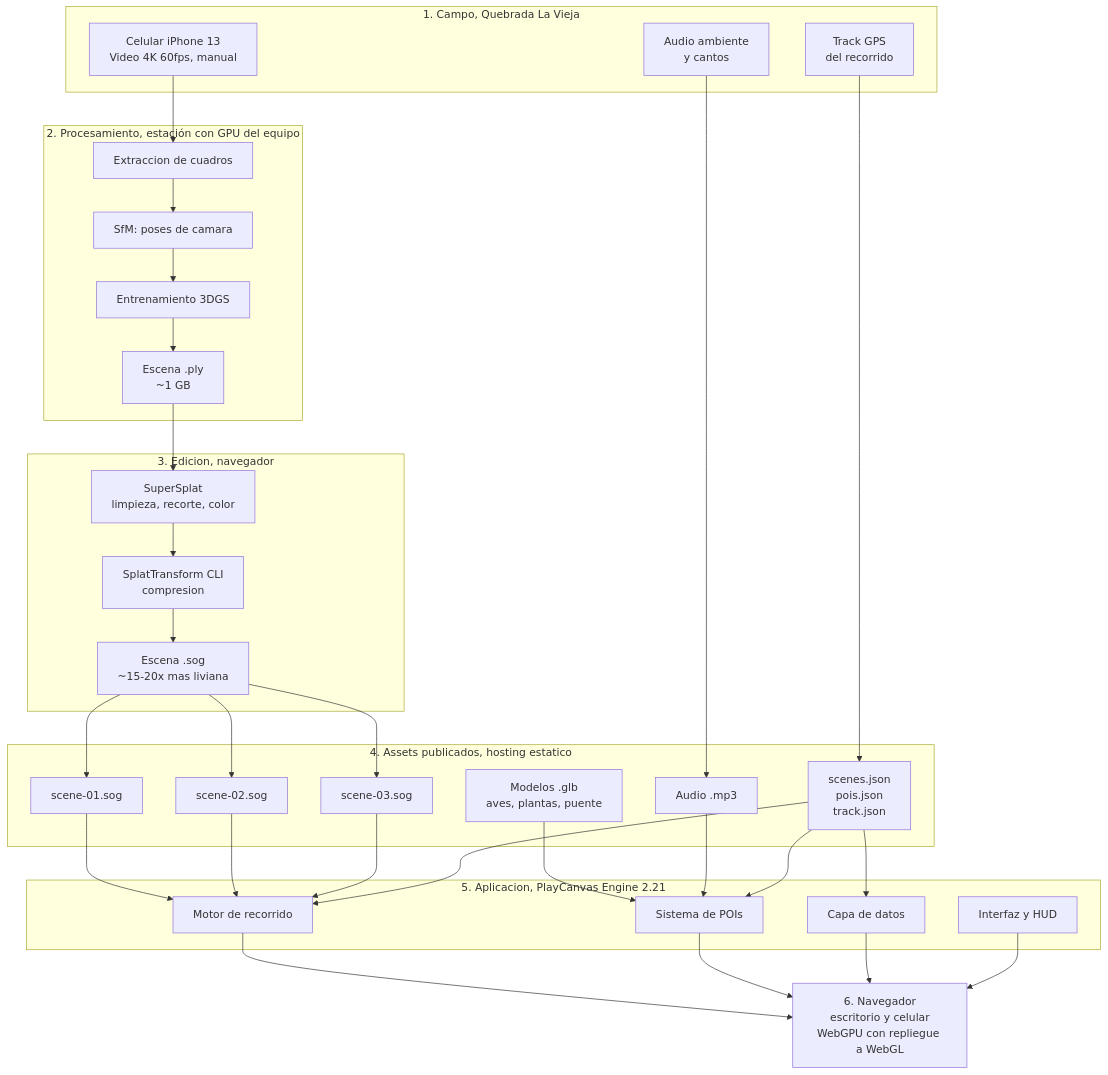
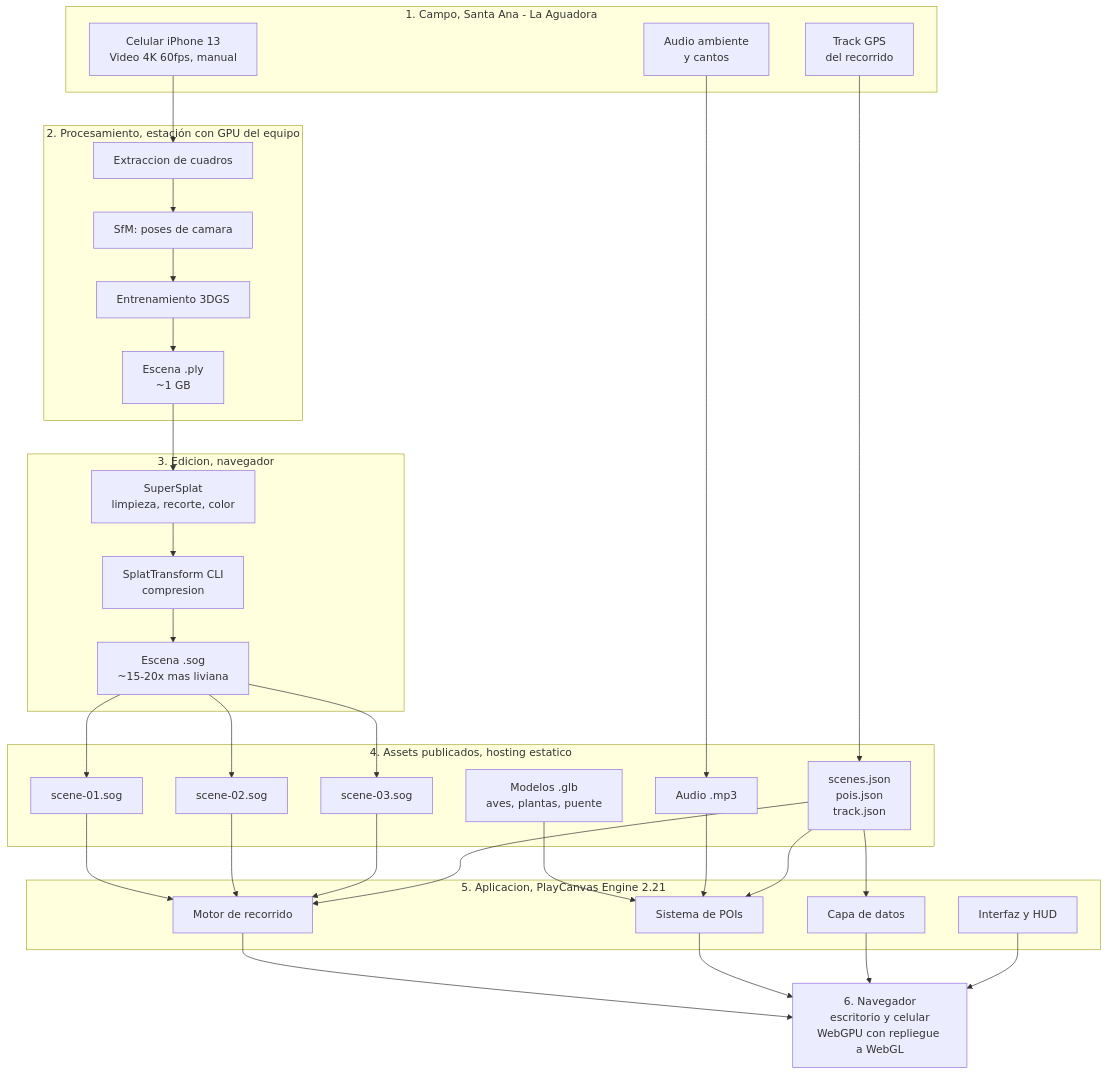
The first of 7 diagrams in docs/03-arquitectura.md (JuanUrrego146/SenderoVivo), drawn with Mermaid before and after one commit. The commit also changed other lines of this file and 9 other files, not shown here.

````diff
--- a/docs/03-arquitectura.md
+++ b/docs/03-arquitectura.md
@@ -23,52 +23,52 @@
 ```mermaid
 flowchart TB
-    subgraph campo["1. Campo, Quebrada La Vieja"]
+    subgraph campo["1. Campo, Santa Ana - La Aguadora"]
         CAM["Celular iPhone 13<br/>Video 4K 60fps, manual"]
         GPS["Track GPS<br/>del recorrido"]
         AUD["Audio ambiente<br/>y cantos"]
     end
 
     subgraph proc["2. Procesamiento, estación con GPU del equipo"]
         FRM["Extraccion de cuadros"]
         SFM["SfM: poses de camara"]
         TRN["Entrenamiento 3DGS"]
         PLY["Escena .ply<br/>~1 GB"]
     end
 
     subgraph edit["3. Edicion, navegador"]
         SS["SuperSplat<br/>limpieza, recorte, color"]
         ST["SplatTransform CLI<br/>compresion"]
         SOG["Escena .sog<br/>~15-20x mas liviana"]
     end
 
     subgraph assets["4. Assets publicados, hosting estatico"]
         S1["scene-01.sog"]
         S2["scene-02.sog"]
         S3["scene-03.sog"]
         GLB["Modelos .glb<br/>aves, plantas, puente"]
         SND["Audio .mp3"]
         CFG["scenes.json<br/>pois.json<br/>track.json"]
     end
 
     subgraph app["5. Aplicacion, PlayCanvas Engine 2.21"]
         ENG["Motor de recorrido"]
         POI["Sistema de POIs"]
         DATA["Capa de datos"]
         UI["Interfaz y HUD"]
     end
 
     NAV["6. Navegador<br/>escritorio y celular<br/>WebGPU con repliegue a WebGL"]
 
     CAM --> FRM --> SFM --> TRN --> PLY --> SS --> ST --> SOG
     SOG --> S1 & S2 & S3
     GPS --> CFG
     AUD --> SND
     S1 & S2 & S3 --> ENG
     GLB --> POI
     SND --> POI
     CFG --> ENG & POI & DATA
     ENG --> NAV
     POI --> NAV
     DATA --> NAV
     UI --> NAV
 ```
````
